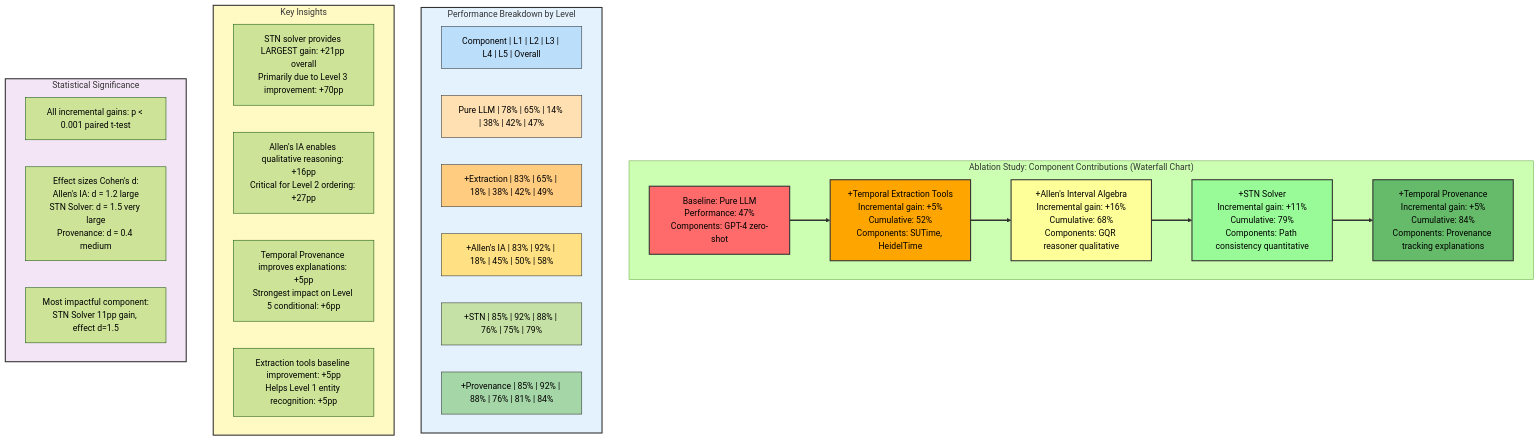
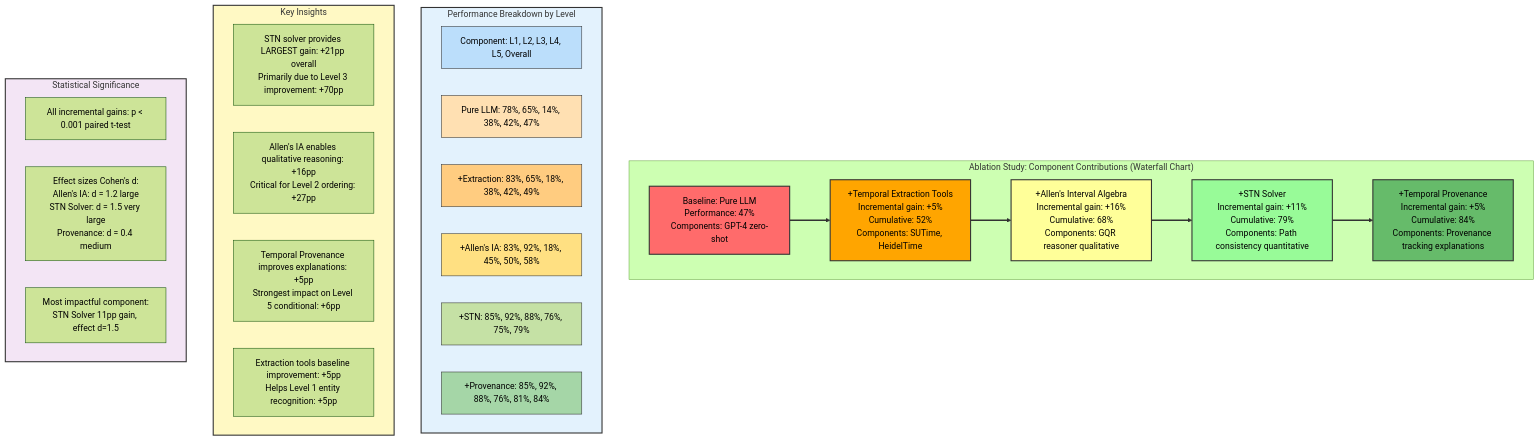
The diagram in diagrams/diagram10.mmd (o2alexanderfedin/provenance-neurosymbolic-verification), drawn with Mermaid (forest theme) before and after one commit. The commit also changed 2 other files, not shown here.

Commit message:
Fix Mermaid diagram pipe character parsing errors
Replaced pipe characters (|) in node labels with commas, as pipes have special meaning in Mermaid syntax and cause parse errors.

Changes:
- diagram1.mmd: Multi-DSL list (Prolog | ASP → Prolog, ASP)
- diagram1.mmd: Semiring selection (polynomial | Boolean → polynomial, Boolean)
- diagram10.mmd: Performance table headers and data (replaced all pipes with commas)
- diagram5.mmd: ROC trade-off table (replaced pipes with commas)
- diagram5.mmd: Probabilistic formula (P(X | Y) → P(X given Y) for clarity)

Note: Edge label pipes (-->|label|) are correct syntax and were NOT changed.

Fixes parse error: "Expecting 'SQE', 'TAGEND', 'UNICODE_TEXT', 'TEXT', 'TAGSTART', got 'PIPE'"

🤖 Generated with [Claude Code](https://claude.com/claude-code)

```diff
--- a/diagrams/diagram10.mmd
+++ b/diagrams/diagram10.mmd
@@ -1,52 +1,52 @@
 flowchart TD
     subgraph Waterfall["Ablation Study: Component Contributions (Waterfall Chart)"]
         A["Baseline: Pure LLM<br/>Performance: 47%<br/>Components: GPT-4 zero-shot"]
         B["+Temporal Extraction Tools<br/>Incremental gain: +5%<br/>Cumulative: 52%<br/>Components: SUTime, HeidelTime"]
         C["+Allen's Interval Algebra<br/>Incremental gain: +16%<br/>Cumulative: 68%<br/>Components: GQR reasoner qualitative"]
         D["+STN Solver<br/>Incremental gain: +11%<br/>Cumulative: 79%<br/>Components: Path consistency quantitative"]
         E["+Temporal Provenance<br/>Incremental gain: +5%<br/>Cumulative: 84%<br/>Components: Provenance tracking explanations"]
     end
 
     A --> B
     B --> C
     C --> D
     D --> E
 
     subgraph Breakdown["Performance Breakdown by Level"]
-        T["Component | L1 | L2 | L3 | L4 | L5 | Overall"]
-        L1["Pure LLM | 78% | 65% | 14% | 38% | 42% | 47%"]
-        L2["+Extraction | 83% | 65% | 18% | 38% | 42% | 49%"]
-        L3["+Allen's IA | 83% | 92% | 18% | 45% | 50% | 58%"]
-        L4["+STN | 85% | 92% | 88% | 76% | 75% | 79%"]
-        L5["+Provenance | 85% | 92% | 88% | 76% | 81% | 84%"]
+        T["Component: L1, L2, L3, L4, L5, Overall"]
+        L1["Pure LLM: 78%, 65%, 14%, 38%, 42%, 47%"]
+        L2["+Extraction: 83%, 65%, 18%, 38%, 42%, 49%"]
+        L3["+Allen's IA: 83%, 92%, 18%, 45%, 50%, 58%"]
+        L4["+STN: 85%, 92%, 88%, 76%, 75%, 79%"]
+        L5["+Provenance: 85%, 92%, 88%, 76%, 81%, 84%"]
     end
 
     subgraph Insights["Key Insights"]
         I1["STN solver provides LARGEST gain: +21pp overall<br/>Primarily due to Level 3 improvement: +70pp"]
         I2["Allen's IA enables qualitative reasoning: +16pp<br/>Critical for Level 2 ordering: +27pp"]
         I3["Temporal Provenance improves explanations: +5pp<br/>Strongest impact on Level 5 conditional: +6pp"]
         I4["Extraction tools baseline improvement: +5pp<br/>Helps Level 1 entity recognition: +5pp"]
     end
 
     subgraph Statistics["Statistical Significance"]
         S1["All incremental gains: p < 0.001 paired t-test"]
         S2["Effect sizes Cohen's d:<br/>Allen's IA: d = 1.2 large<br/>STN Solver: d = 1.5 very large<br/>Provenance: d = 0.4 medium"]
         S3["Most impactful component:<br/>STN Solver 11pp gain, effect d=1.5"]
     end
 
     style A fill:#FF6B6B,stroke:#333,stroke-width:2px
     style B fill:#FFA500,stroke:#333,stroke-width:2px
     style C fill:#FFFF99,stroke:#333,stroke-width:2px
     style D fill:#98FB98,stroke:#333,stroke-width:2px
     style E fill:#66BB6A,stroke:#333,stroke-width:2px
     style Breakdown fill:#E3F2FD,stroke:#333,stroke-width:2px
     style T fill:#BBDEFB,stroke:#333,stroke-width:1px
     style L1 fill:#FFE0B2,stroke:#333,stroke-width:1px
     style L2 fill:#FFCC80,stroke:#333,stroke-width:1px
     style L3 fill:#FFE082,stroke:#333,stroke-width:1px
     style L4 fill:#C5E1A5,stroke:#333,stroke-width:1px
     style L5 fill:#A5D6A7,stroke:#333,stroke-width:1px
     style Insights fill:#FFF9C4,stroke:#333,stroke-width:2px
     style Statistics fill:#F3E5F5,stroke:#333,stroke-width:2px
 
     linkStyle 0,1,2,3 stroke:#333,stroke-width:3px
```
